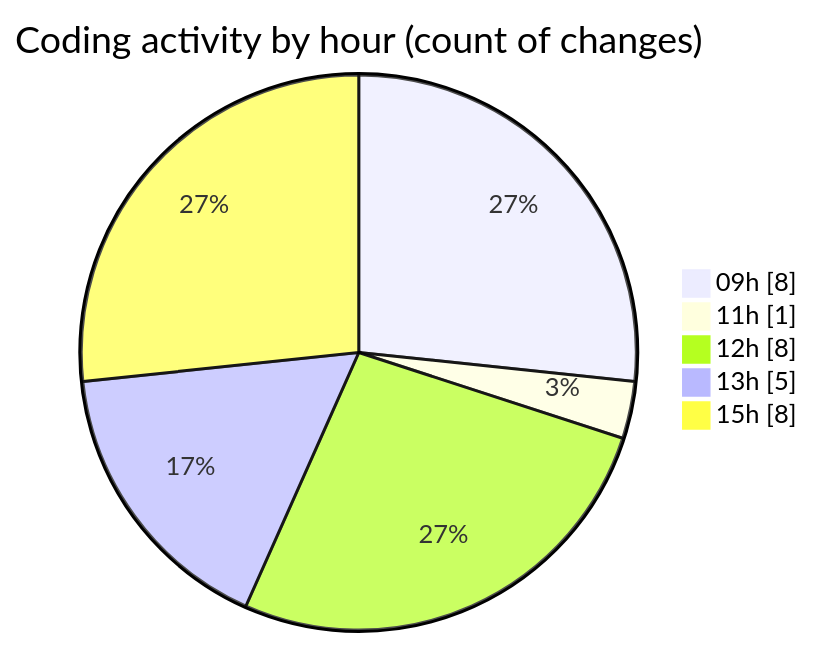
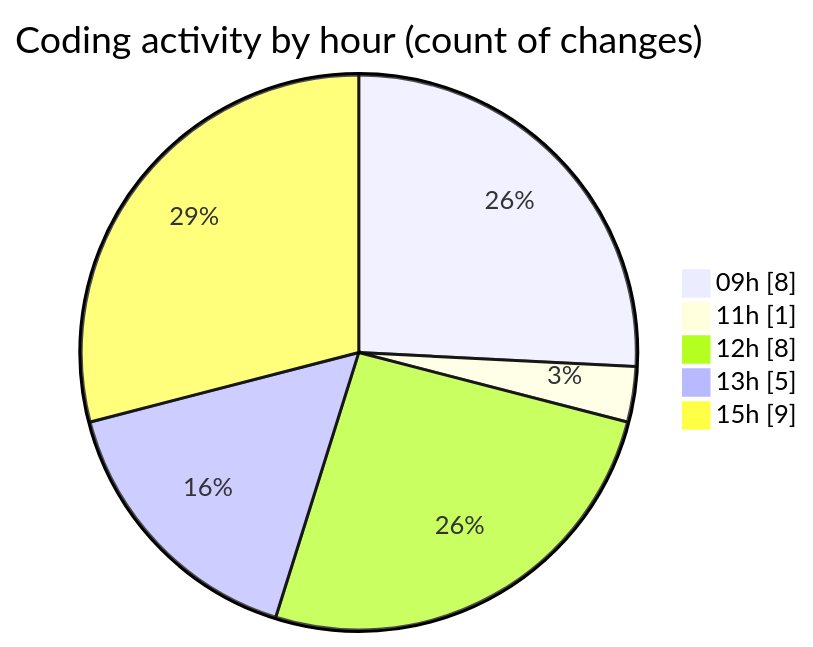
One commit to ricardozamudiocil/code-tracking changed the second of 2 diagrams in 2026-06-16/cilapp/README.md. Above: the diagram before and after it, drawn with Mermaid. The commit also changed other lines of this file and 1 other file, not shown here.

````diff
--- a/2026-06-16/cilapp/README.md
+++ b/2026-06-16/cilapp/README.md
@@ -35,9 +35,9 @@
 ```mermaid
 pie showData
 title Coding activity by hour (count of changes)
 "09h" : 8
 "11h" : 1
 "12h" : 8
 "13h" : 5
-"15h" : 8
+"15h" : 9
 ```
````
